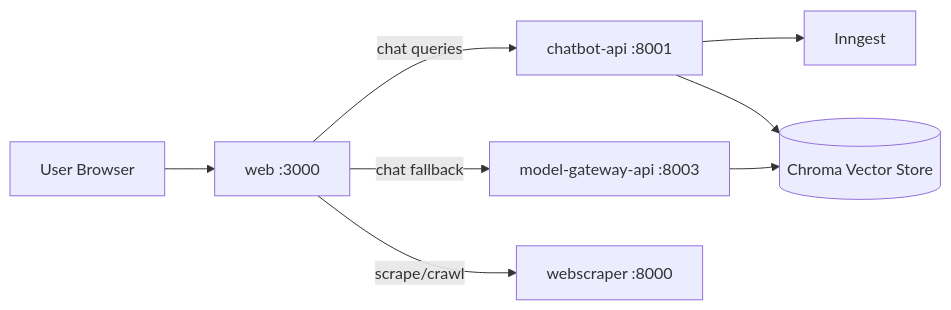
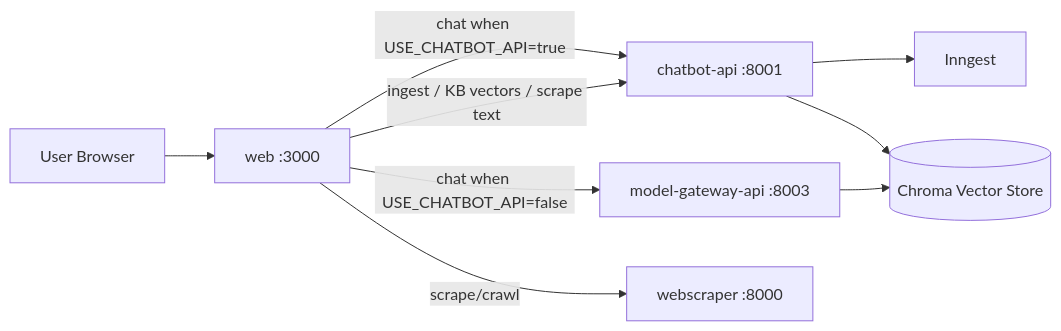
Before and after one commit to Hamzha/chatbot-service: the diagram in monorepo/docs/README.md, drawn with Mermaid. The commit also changed other lines of this file and 24 other files, not shown here.

````diff
--- a/monorepo/docs/README.md
+++ b/monorepo/docs/README.md
@@ -14,10 +14,11 @@
 ```mermaid
 flowchart LR
     U[User Browser] --> W[web :3000]
-    W -->|chat queries| C[chatbot-api :8001]
-    W -->|chat fallback| M[model-gateway-api :8003]
+    W -->|chat when USE_CHATBOT_API=true| C[chatbot-api :8001]
+    W -->|chat when USE_CHATBOT_API=false| M[model-gateway-api :8003]
+    W -->|ingest / KB vectors / scrape text| C
     W -->|scrape/crawl| S[webscraper :8000]
     C --> I[Inngest]
     C --> V[(Chroma Vector Store)]
     M --> V
 ```
````
